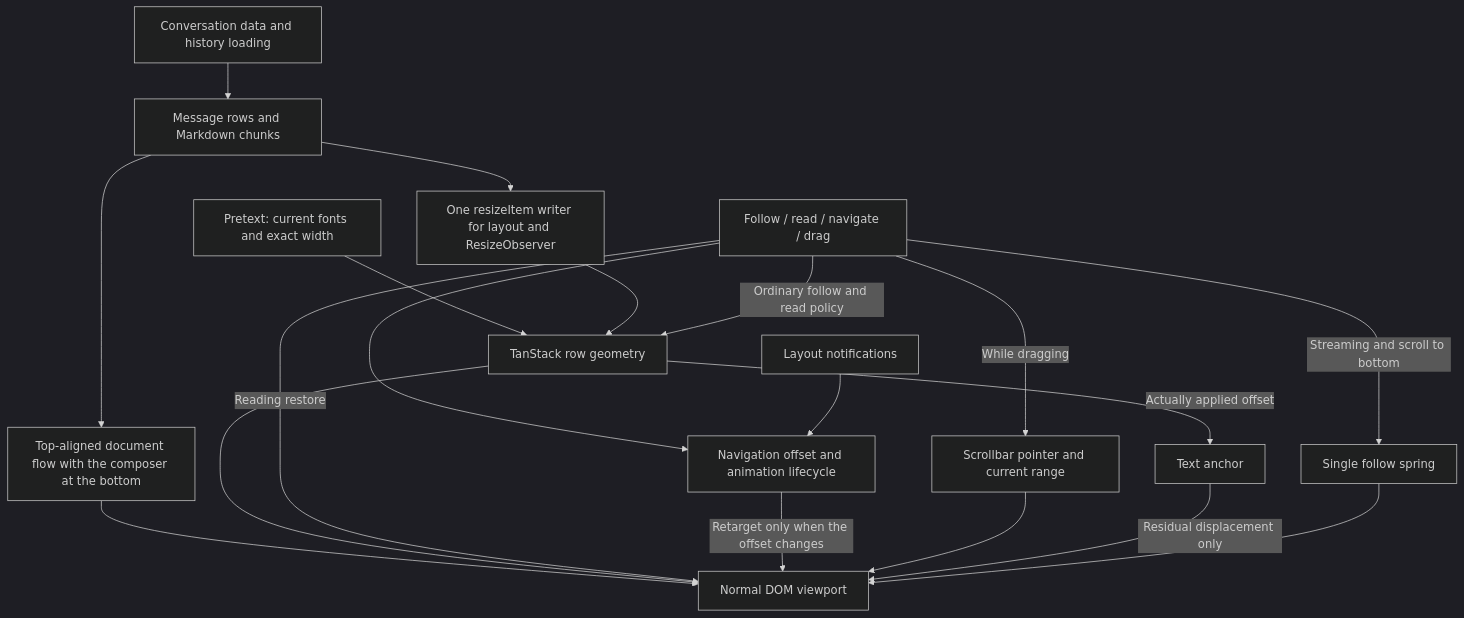
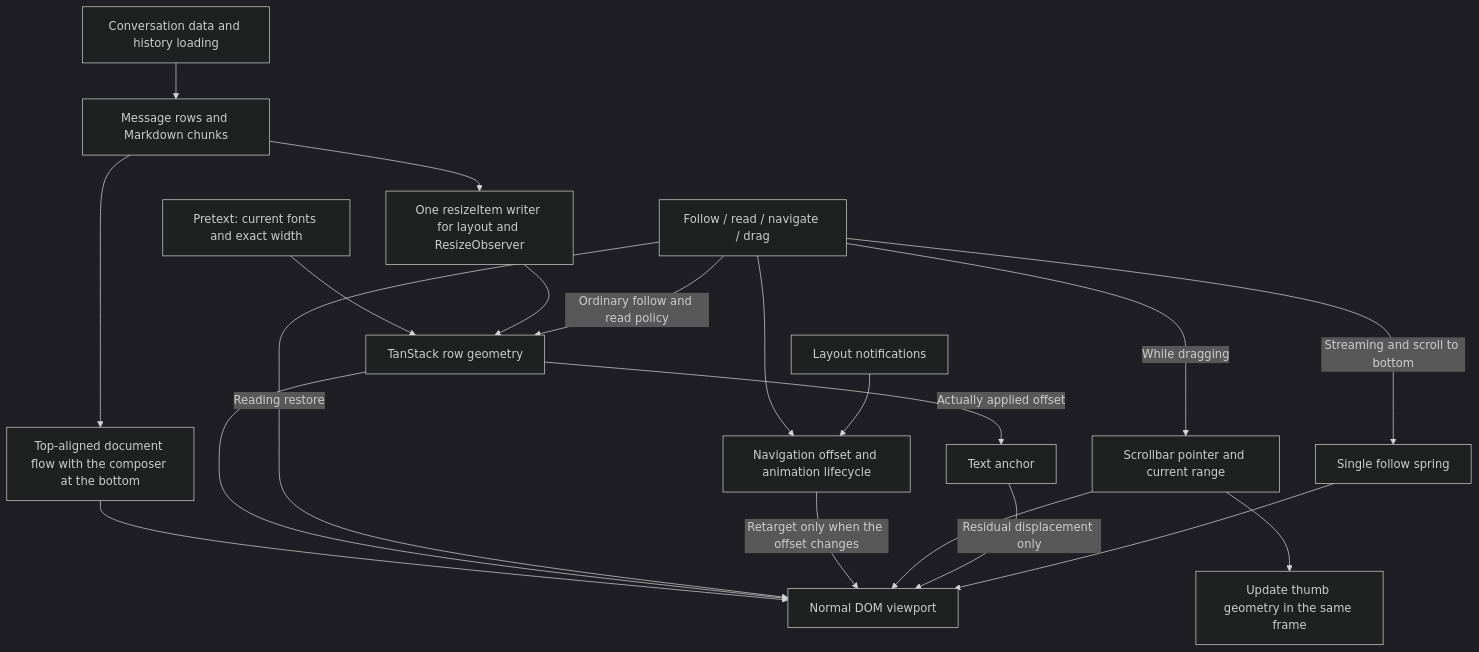
Before and after one commit to wecode-ai/Wegent: the diagram in docs/en/wegent/developer-guide/wework-message-scroll.md, drawn with Mermaid (dark theme). The commit also changed other lines of this file and 6 other files, not shown here.

````diff
--- a/docs/en/wegent/developer-guide/wework-message-scroll.md
+++ b/docs/en/wegent/developer-guide/wework-message-scroll.md
@@ -9,21 +9,22 @@
 ```mermaid
 flowchart TD
   Messages[Conversation data and history loading] --> Rows[Message rows and Markdown chunks]
   Rows --> Flow[Top-aligned document flow with the composer at the bottom]
   Flow --> Viewport
   Pretext[Pretext: current fonts and exact width] --> Engine[TanStack row geometry]
   Rows --> Measure[One resizeItem writer for layout and ResizeObserver]
   Measure --> Engine
   Engine --> Viewport[Normal DOM viewport]
   Controller[Follow / read / navigate / drag] -->|Ordinary follow and read policy| Engine
   Controller -->|Reading restore| Viewport
   Controller --> Navigation[Navigation offset and animation lifecycle]
   Layout[Layout notifications] --> Navigation
   Navigation -->|Retarget only when the offset changes| Viewport
   Controller -->|Streaming and scroll to bottom| Spring[Single follow spring]
   Controller -->|While dragging| Pointer[Scrollbar pointer and current range]
   Pointer --> Viewport
+  Pointer --> Thumb[Update thumb geometry in the same frame]
   Engine -->|Actually applied offset| TextAnchor[Text anchor]
   TextAnchor -->|Residual displacement only| Viewport
   Spring --> Viewport
 ```
````
